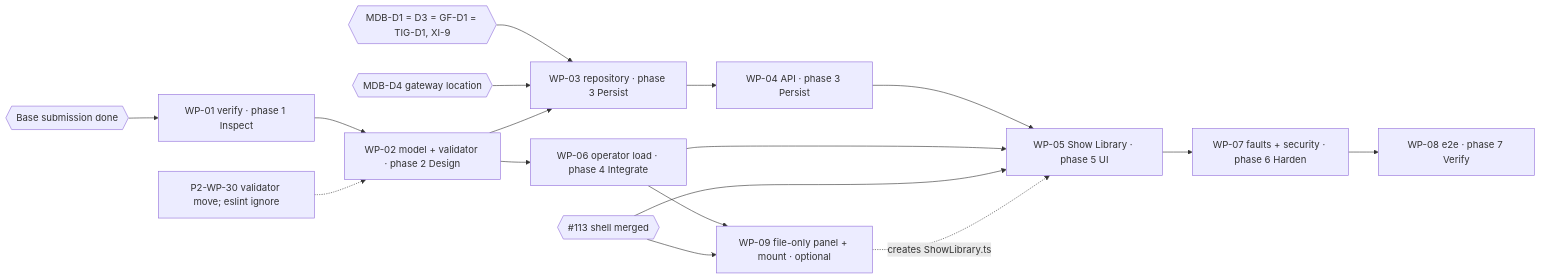
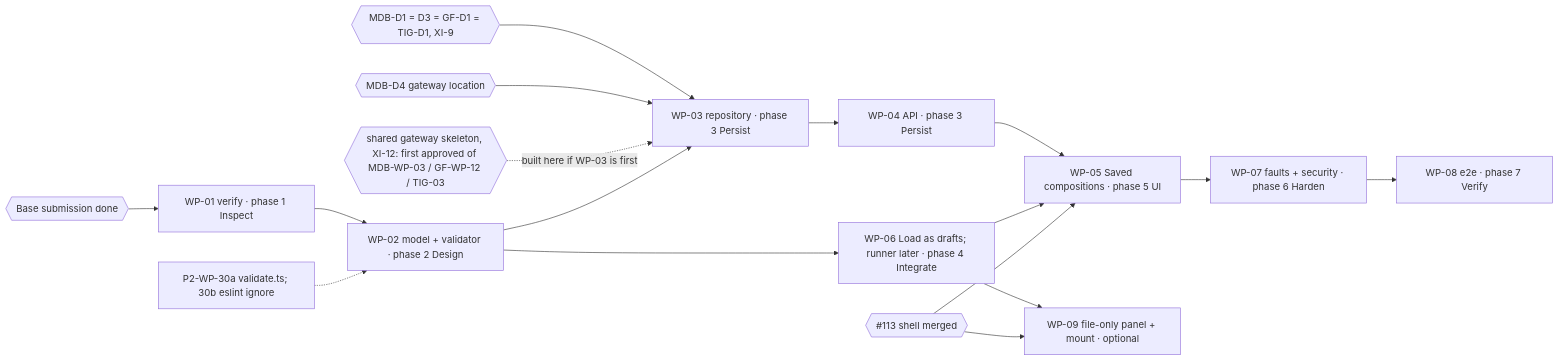
The diagram in docs/planning/mongodb-integration-work-packages.md (durhacko/Pihh), drawn with Mermaid before and after one commit. The commit also changed other lines of this file and 2 other files, not shown here.

First line of the commit message:
docs(mongodb): cross-document pass and shared gateway rulings (#130)

````diff
--- a/docs/planning/mongodb-integration-work-packages.md
+++ b/docs/planning/mongodb-integration-work-packages.md
@@ -534,22 +576,23 @@
 ```mermaid
 flowchart LR
   SUB{{Base submission done}}
   D1{{MDB-D1 = D3 = GF-D1 = TIG-D1, XI-9}}
   D4{{MDB-D4 gateway location}}
   B113{{#113 shell merged}}
-  P30[P2-WP-30 validator move; eslint ignore]
+  SK{{"shared gateway skeleton, XI-12: first approved of MDB-WP-03 / GF-WP-12 / TIG-03"}}
+  P30[P2-WP-30a validate.ts; 30b eslint ignore]
   SUB --> W01[WP-01 verify · phase 1 Inspect] --> W02[WP-02 model + validator · phase 2 Design]
   P30 -.-> W02
-  W02 --> W06[WP-06 operator load · phase 4 Integrate]
+  W02 --> W06[WP-06 Load as drafts; runner later · phase 4 Integrate]
   D1 --> W03[WP-03 repository · phase 3 Persist]
   D4 --> W03
+  SK -.->|built here if WP-03 is first| W03
   W02 --> W03 --> W04[WP-04 API · phase 3 Persist]
-  W04 --> W05[WP-05 Show Library · phase 5 UI]
+  W04 --> W05[WP-05 Saved compositions · phase 5 UI]
   W06 --> W05
   B113 --> W05
   W05 --> W07[WP-07 faults + security · phase 6 Harden]
   W07 --> W08[WP-08 e2e · phase 7 Verify]
   W06 --> W09[WP-09 file-only panel + mount · optional]
   B113 --> W09
-  W09 -.->|creates ShowLibrary.ts| W05
 ```
````
